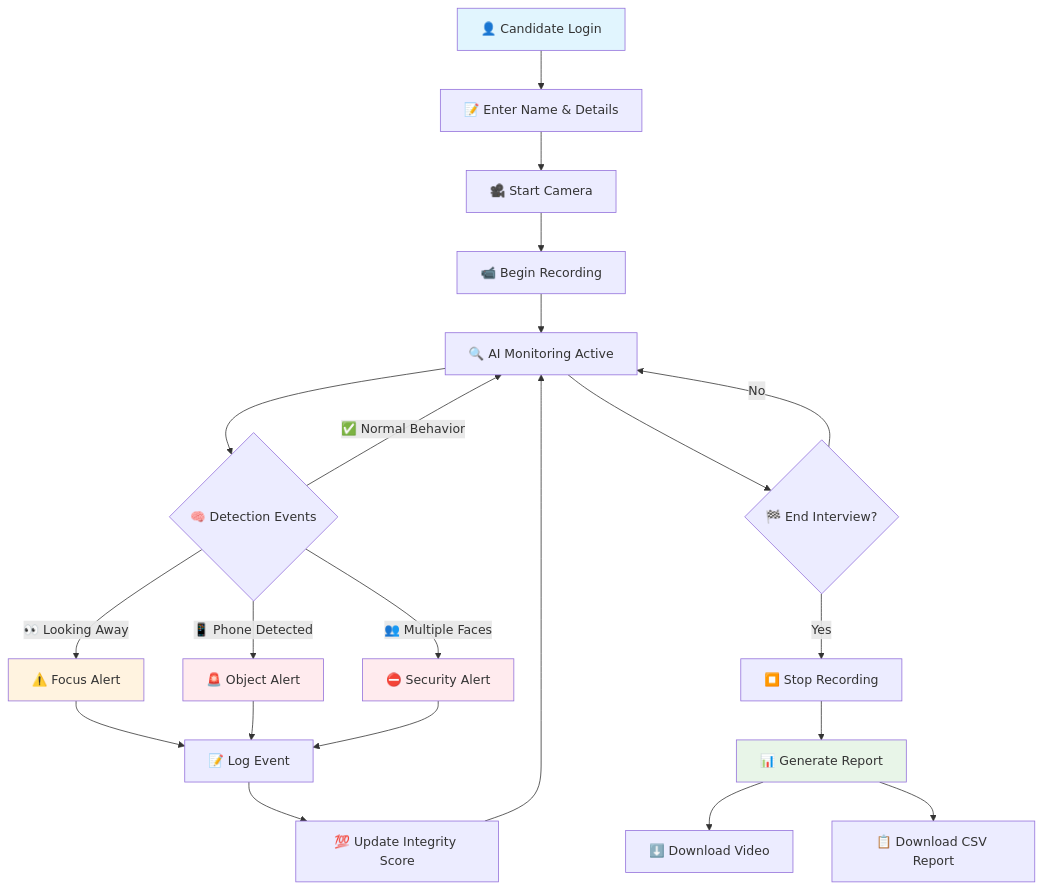
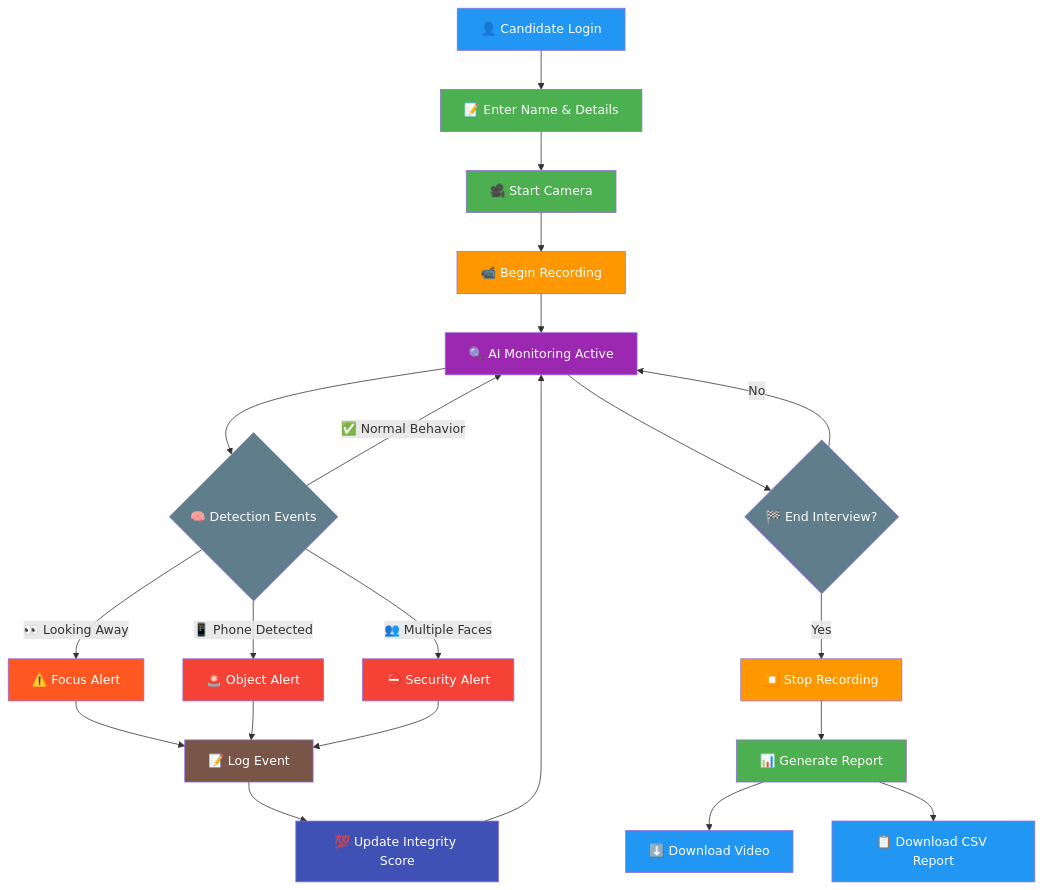
One commit to iwanturequity/Tutedude-assignment changed the first of 2 diagrams in README.md. Above: the diagram before and after it, drawn with Mermaid. The commit also changed other lines of this file, not shown here.

Commit message:
Fix Mermaid diagram colors for better readability in dark mode

````diff
--- a/README.md
+++ b/README.md
@@ -55,32 +55,43 @@
 ```mermaid
 flowchart TD
     A[👤 Candidate Login] --> B[📝 Enter Name & Details]
     B --> C[🎥 Start Camera]
     C --> D[📹 Begin Recording]
     D --> E[🔍 AI Monitoring Active]
     
     E --> F{🧠 Detection Events}
     F -->|👀 Looking Away| G[⚠️ Focus Alert]
     F -->|📱 Phone Detected| H[🚨 Object Alert]
     F -->|👥 Multiple Faces| I[⛔ Security Alert]
     F -->|✅ Normal Behavior| E
     
     G --> J[📝 Log Event]
     H --> J
     I --> J
     J --> K[💯 Update Integrity Score]
     K --> E
     
     E --> L{🏁 End Interview?}
     L -->|No| E
     L -->|Yes| M[⏹️ Stop Recording]
     M --> N[📊 Generate Report]
     N --> O[⬇️ Download Video]
     N --> P[📋 Download CSV Report]
     
-    style A fill:#e1f5fe
-    style G fill:#fff3e0
-    style H fill:#ffebee
-    style I fill:#ffebee
-    style N fill:#e8f5e8
+    style A fill:#2196F3,color:#ffffff
+    style B fill:#4CAF50,color:#ffffff
+    style C fill:#4CAF50,color:#ffffff
+    style D fill:#FF9800,color:#ffffff
+    style E fill:#9C27B0,color:#ffffff
+    style F fill:#607D8B,color:#ffffff
+    style G fill:#FF5722,color:#ffffff
+    style H fill:#F44336,color:#ffffff
+    style I fill:#F44336,color:#ffffff
+    style J fill:#795548,color:#ffffff
+    style K fill:#3F51B5,color:#ffffff
+    style L fill:#607D8B,color:#ffffff
+    style M fill:#FF9800,color:#ffffff
+    style N fill:#4CAF50,color:#ffffff
+    style O fill:#2196F3,color:#ffffff
+    style P fill:#2196F3,color:#ffffff
 ```
````
